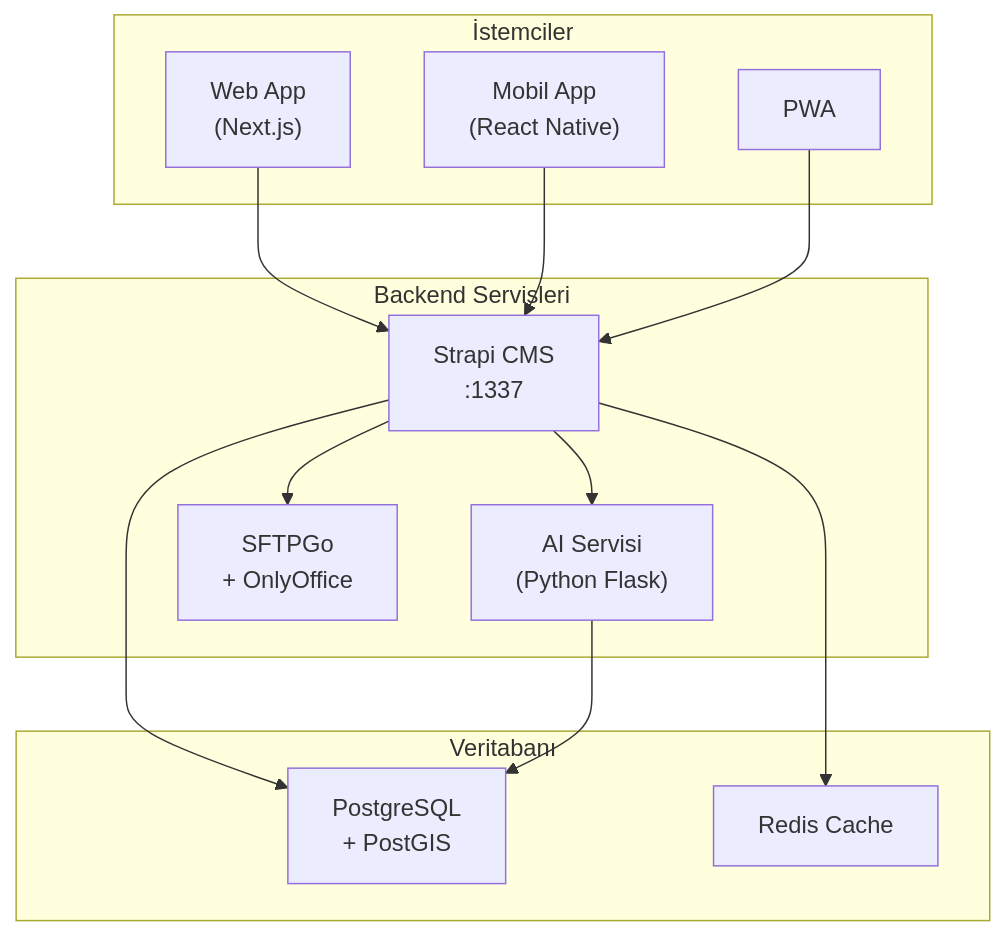
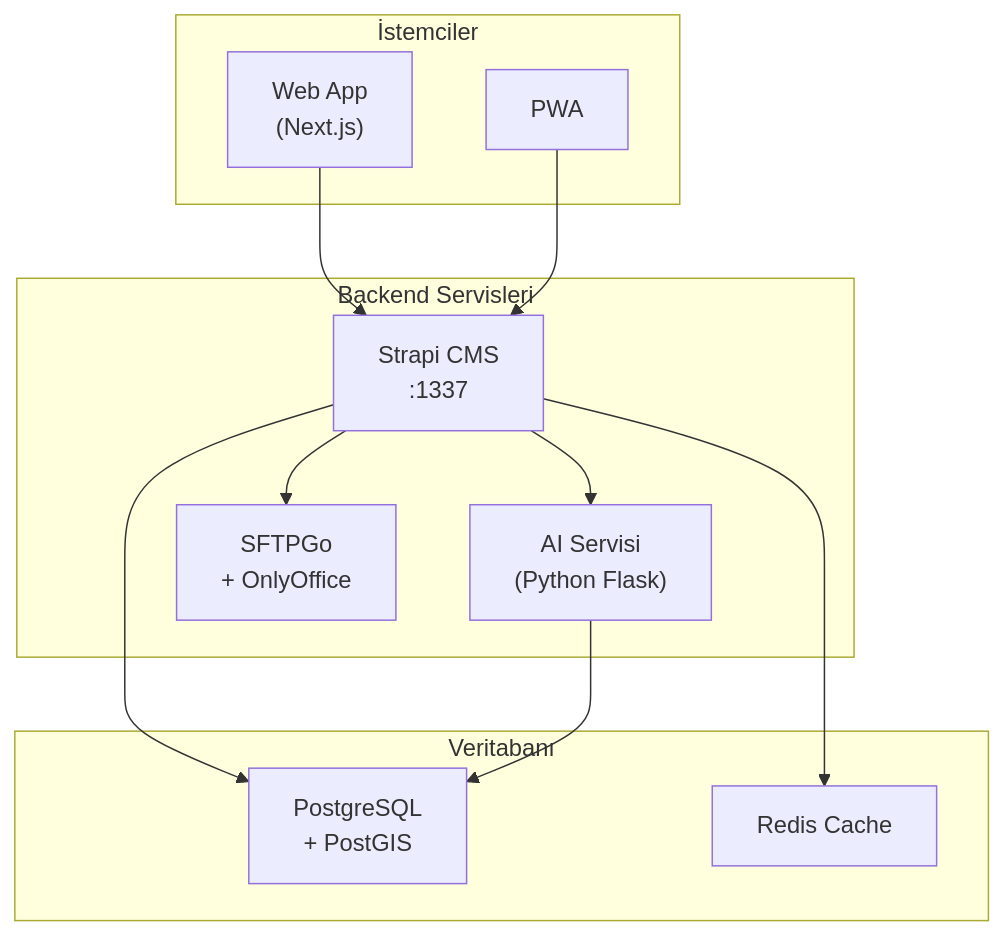
Before and after one commit to brnakblt/arkadas-core: the first of 8 diagrams in docs/docs/architecture/system-architecture.md, drawn with Mermaid. The commit also changed other lines of this file and 1 other file, not shown here.

Commit message:
chore: update packages and clean up docs
- Regenerate package-lock.json (2843 packages, mobile deps removed)
- Remove mobile references from architecture docs
- All 227 tests passing

````diff
--- a/docs/docs/architecture/system-architecture.md
+++ b/docs/docs/architecture/system-architecture.md
@@ -7,30 +7,28 @@
 ```mermaid
 graph TB
     subgraph Client["İstemciler"]
         Web["Web App<br/>(Next.js)"]
-        Mobile["Mobil App<br/>(React Native)"]
         PWA["PWA"]
     end
 
     subgraph Backend["Backend Servisleri"]
         Strapi["Strapi CMS<br/>:1337"]
         AI["AI Servisi<br/>(Python Flask)"]
         NC["SFTPGo<br/>+ OnlyOffice"]
     end
 
     subgraph Database["Veritabanı"]
         PG["PostgreSQL<br/>+ PostGIS"]
         Redis["Redis Cache"]
     end
 
     Web --> Strapi
-    Mobile --> Strapi
     PWA --> Strapi
     
     Strapi --> PG
     Strapi --> Redis
     Strapi --> AI
     Strapi --> NC
     
     AI --> PG
 ```
````
